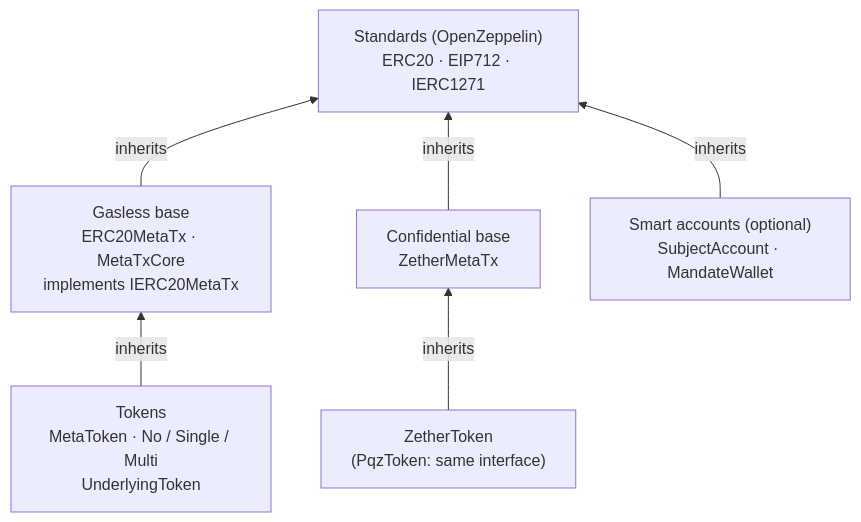
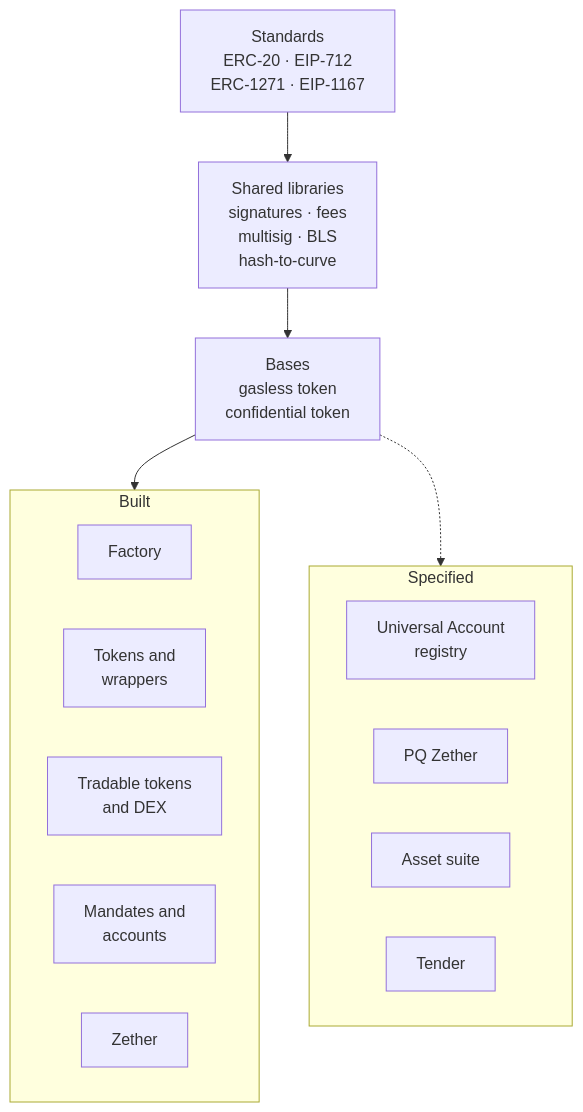
Before and after one commit to dinhduongha/scaas: the third of 7 diagrams in README.md, drawn with Mermaid. The commit also changed other lines of this file, not shown here.

````diff
--- a/README.md
+++ b/README.md
@@ -201,14 +202,24 @@
 ```mermaid
-flowchart BT
-    STD["Standards (OpenZeppelin)<br/>ERC20 · EIP712 · IERC1271"]
-    MTX["Gasless base<br/>ERC20MetaTx · MetaTxCore<br/>implements IERC20MetaTx"]
-    ZB["Confidential base<br/>ZetherMetaTx"]
-    ACC["Smart accounts (optional)<br/>SubjectAccount · MandateWallet"]
-    TOK["Tokens<br/>MetaToken · No / Single / Multi<br/>UnderlyingToken"]
-    ZT["ZetherToken<br/>(PqzToken: same interface)"]
-    MTX -->|inherits| STD
-    ZB -->|inherits| STD
-    ACC -->|inherits| STD
-    TOK -->|inherits| MTX
-    ZT -->|inherits| ZB
+flowchart TB
+    STD["Standards<br/>ERC-20 · EIP-712<br/>ERC-1271 · EIP-1167"]
+    LIB["Shared libraries<br/>signatures · fees<br/>multisig · BLS<br/>hash-to-curve"]
+    BASE["Bases<br/>gasless token<br/>confidential token"]
+    subgraph BUILT["Built"]
+        direction LR
+        F["Factory"]
+        T["Tokens and<br/>wrappers"]
+        D["Tradable tokens<br/>and DEX"]
+        A["Mandates and<br/>accounts"]
+        Z["Zether"]
+    end
+    subgraph SPEC["Specified"]
+        direction LR
+        U["Universal Account<br/>registry"]
+        P["PQ Zether"]
+        AS["Asset suite"]
+        TD["Tender"]
+    end
+    STD --> LIB --> BASE
+    BASE --> BUILT
+    BASE -.-> SPEC
 ```
````
